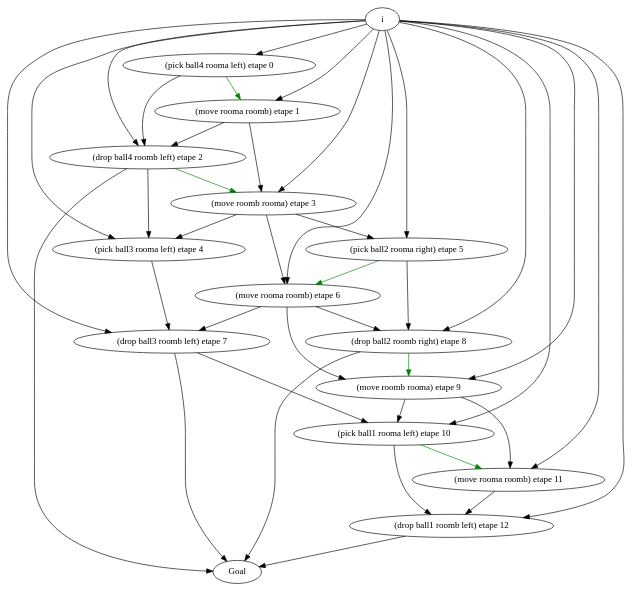
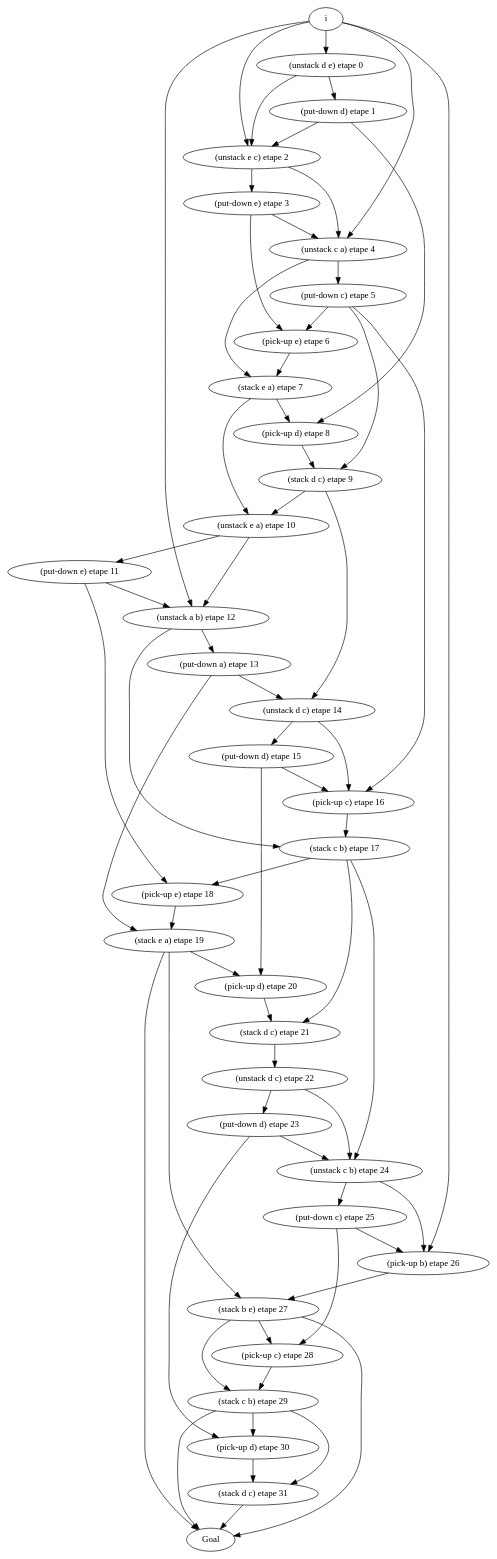
The diagram in apps/graphiquetemp.dot (plaans/aries), drawn with Graphviz before and after one commit. The commit also changed 8 other files, not shown here.

```diff
--- a/apps/graphiquetemp.dot
+++ b/apps/graphiquetemp.dot
@@ -1,42 +1,67 @@
 digraph D { 
-"(pick ball4 rooma left) etape 0" -> "(drop ball4 roomb left) etape 2";
-"(move rooma roomb) etape 1" -> "(drop ball4 roomb left) etape 2";
-"(move rooma roomb) etape 1" -> "(move roomb rooma) etape 3";
-"(drop ball4 roomb left) etape 2" -> "(pick ball3 rooma left) etape 4";
-"(drop ball4 roomb left) etape 2" -> " Goal ";
-"(move roomb rooma) etape 3" -> "(pick ball3 rooma left) etape 4";
-"(move roomb rooma) etape 3" -> "(pick ball2 rooma right) etape 5";
-"(move roomb rooma) etape 3" -> "(move rooma roomb) etape 6";
-"(pick ball3 rooma left) etape 4" -> "(drop ball3 roomb left) etape 7";
-"(pick ball2 rooma right) etape 5" -> "(drop ball2 roomb right) etape 8";
-"(move rooma roomb) etape 6" -> "(drop ball3 roomb left) etape 7";
-"(move rooma roomb) etape 6" -> "(drop ball2 roomb right) etape 8";
-"(move rooma roomb) etape 6" -> "(move roomb rooma) etape 9";
-"(drop ball3 roomb left) etape 7" -> "(pick ball1 rooma left) etape 10";
-"(drop ball3 roomb left) etape 7" -> " Goal ";
-"(drop ball2 roomb right) etape 8" -> " Goal ";
-"(move roomb rooma) etape 9" -> "(pick ball1 rooma left) etape 10";
-"(move roomb rooma) etape 9" -> "(move rooma roomb) etape 11";
-"(pick ball1 rooma left) etape 10" -> "(drop ball1 roomb left) etape 12";
-"(move rooma roomb) etape 11" -> "(drop ball1 roomb left) etape 12";
-"(drop ball1 roomb left) etape 12" -> " Goal ";
-" i " -> "(pick ball4 rooma left) etape 0";
-" i " -> "(move rooma roomb) etape 1";
-" i " -> "(drop ball4 roomb left) etape 2";
-" i " -> "(move roomb rooma) etape 3";
-" i " -> "(pick ball3 rooma left) etape 4";
-" i " -> "(pick ball2 rooma right) etape 5";
-" i " -> "(move rooma roomb) etape 6";
-" i " -> "(drop ball3 roomb left) etape 7";
-" i " -> "(drop ball2 roomb right) etape 8";
-" i " -> "(move roomb rooma) etape 9";
-" i " -> "(pick ball1 rooma left) etape 10";
-" i " -> "(move rooma roomb) etape 11";
-" i " -> "(drop ball1 roomb left) etape 12";
+"(unstack d e) etape 0" -> "(put-down d) etape 1";
+"(unstack d e) etape 0" -> "(unstack e c) etape 2";
+"(put-down d) etape 1" -> "(unstack e c) etape 2";
+"(put-down d) etape 1" -> "(pick-up d) etape 8";
+"(unstack e c) etape 2" -> "(put-down e) etape 3";
+"(unstack e c) etape 2" -> "(unstack c a) etape 4";
+"(put-down e) etape 3" -> "(unstack c a) etape 4";
+"(put-down e) etape 3" -> "(pick-up e) etape 6";
+"(unstack c a) etape 4" -> "(put-down c) etape 5";
+"(unstack c a) etape 4" -> "(stack e a) etape 7";
+"(put-down c) etape 5" -> "(pick-up e) etape 6";
+"(put-down c) etape 5" -> "(stack d c) etape 9";
+"(put-down c) etape 5" -> "(pick-up c) etape 16";
+"(pick-up e) etape 6" -> "(stack e a) etape 7";
+"(stack e a) etape 7" -> "(pick-up d) etape 8";
+"(stack e a) etape 7" -> "(unstack e a) etape 10";
+"(pick-up d) etape 8" -> "(stack d c) etape 9";
+"(stack d c) etape 9" -> "(unstack e a) etape 10";
+"(stack d c) etape 9" -> "(unstack d c) etape 14";
+"(unstack e a) etape 10" -> "(put-down e) etape 11";
+"(unstack e a) etape 10" -> "(unstack a b) etape 12";
+"(put-down e) etape 11" -> "(unstack a b) etape 12";
+"(put-down e) etape 11" -> "(pick-up e) etape 18";
+"(unstack a b) etape 12" -> "(put-down a) etape 13";
+"(unstack a b) etape 12" -> "(stack c b) etape 17";
+"(put-down a) etape 13" -> "(unstack d c) etape 14";
+"(put-down a) etape 13" -> "(stack e a) etape 19";
+"(unstack d c) etape 14" -> "(put-down d) etape 15";
+"(unstack d c) etape 14" -> "(pick-up c) etape 16";
+"(put-down d) etape 15" -> "(pick-up c) etape 16";
+"(put-down d) etape 15" -> "(pick-up d) etape 20";
+"(pick-up c) etape 16" -> "(stack c b) etape 17";
+"(stack c b) etape 17" -> "(pick-up e) etape 18";
+"(stack c b) etape 17" -> "(stack d c) etape 21";
+"(stack c b) etape 17" -> "(unstack c b) etape 24";
+"(pick-up e) etape 18" -> "(stack e a) etape 19";
+"(stack e a) etape 19" -> "(pick-up d) etape 20";
+"(stack e a) etape 19" -> "(stack b e) etape 27";
+"(stack e a) etape 19" -> " Goal ";
+"(pick-up d) etape 20" -> "(stack d c) etape 21";
+"(stack d c) etape 21" -> "(unstack d c) etape 22";
+"(unstack d c) etape 22" -> "(put-down d) etape 23";
+"(unstack d c) etape 22" -> "(unstack c b) etape 24";
+"(put-down d) etape 23" -> "(unstack c b) etape 24";
+"(put-down d) etape 23" -> "(pick-up d) etape 30";
+"(unstack c b) etape 24" -> "(put-down c) etape 25";
+"(unstack c b) etape 24" -> "(pick-up b) etape 26";
+"(put-down c) etape 25" -> "(pick-up b) etape 26";
+"(put-down c) etape 25" -> "(pick-up c) etape 28";
+"(pick-up b) etape 26" -> "(stack b e) etape 27";
+"(stack b e) etape 27" -> "(pick-up c) etape 28";
+"(stack b e) etape 27" -> "(stack c b) etape 29";
+"(stack b e) etape 27" -> " Goal ";
+"(pick-up c) etape 28" -> "(stack c b) etape 29";
+"(stack c b) etape 29" -> "(pick-up d) etape 30";
+"(stack c b) etape 29" -> "(stack d c) etape 31";
+"(stack c b) etape 29" -> " Goal ";
+"(pick-up d) etape 30" -> "(stack d c) etape 31";
+"(stack d c) etape 31" -> " Goal ";
+" i " -> "(unstack d e) etape 0";
+" i " -> "(unstack e c) etape 2";
+" i " -> "(unstack c a) etape 4";
+" i " -> "(unstack a b) etape 12";
+" i " -> "(pick-up b) etape 26";
 edge [color=green];
-"(pick ball4 rooma left) etape 0" -> "(move rooma roomb) etape 1";
-"(drop ball4 roomb left) etape 2" -> "(move roomb rooma) etape 3";
-"(pick ball2 rooma right) etape 5" -> "(move rooma roomb) etape 6";
-"(drop ball2 roomb right) etape 8" -> "(move roomb rooma) etape 9";
-"(pick ball1 rooma left) etape 10" -> "(move rooma roomb) etape 11";
 } 
```
